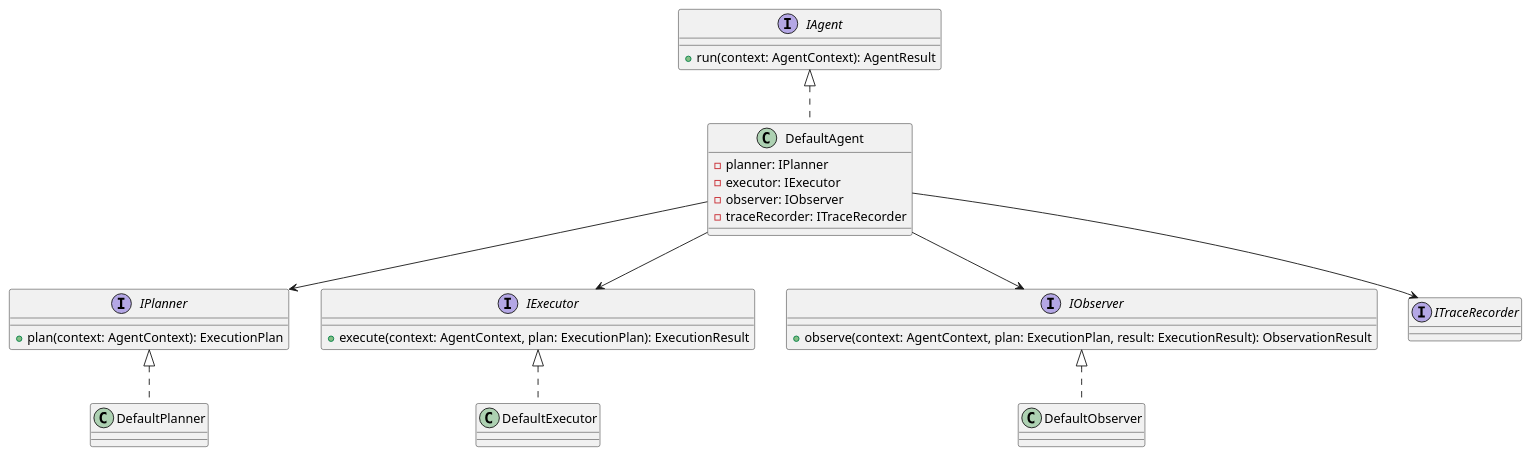
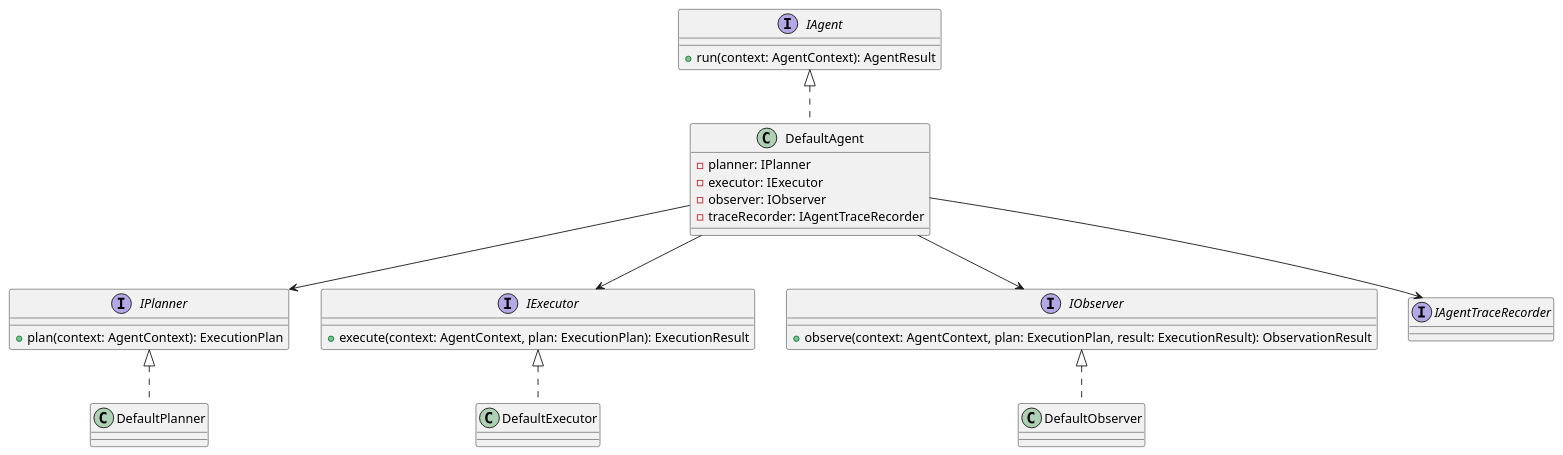
Before and after one commit to lucky-chen/ai_workflow_travel: the first of 2 diagrams in meta_layer/docs/design_docs/SDK/AgentRuntime.md, drawn with PlantUML. The commit also changed other lines of this file and 4 other files, not shown here.

````diff
--- a/meta_layer/docs/design_docs/SDK/AgentRuntime.md
+++ b/meta_layer/docs/design_docs/SDK/AgentRuntime.md
@@ -135,42 +137,42 @@
 ```plantuml
 @startuml
 interface IAgent {
   +run(context: AgentContext): AgentResult
 }
 
 interface IPlanner {
   +plan(context: AgentContext): ExecutionPlan
 }
 
 interface IExecutor {
   +execute(context: AgentContext, plan: ExecutionPlan): ExecutionResult
 }
 
 interface IObserver {
   +observe(context: AgentContext, plan: ExecutionPlan, result: ExecutionResult): ObservationResult
 }
 
 class DefaultAgent {
   -planner: IPlanner
   -executor: IExecutor
   -observer: IObserver
-  -traceRecorder: ITraceRecorder
+  -traceRecorder: IAgentTraceRecorder
 }
 
 class DefaultPlanner
 class DefaultExecutor
 class DefaultObserver
 
-interface ITraceRecorder
+interface IAgentTraceRecorder
 
 IAgent <|.. DefaultAgent
 IPlanner <|.. DefaultPlanner
 IExecutor <|.. DefaultExecutor
 IObserver <|.. DefaultObserver
 
 DefaultAgent --> IPlanner
 DefaultAgent --> IExecutor
 DefaultAgent --> IObserver
-DefaultAgent --> ITraceRecorder
+DefaultAgent --> IAgentTraceRecorder
 @enduml
 ```
````
